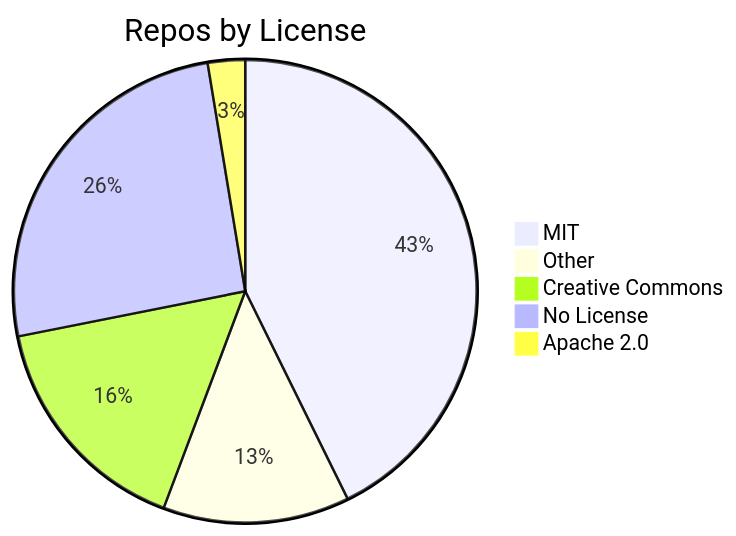
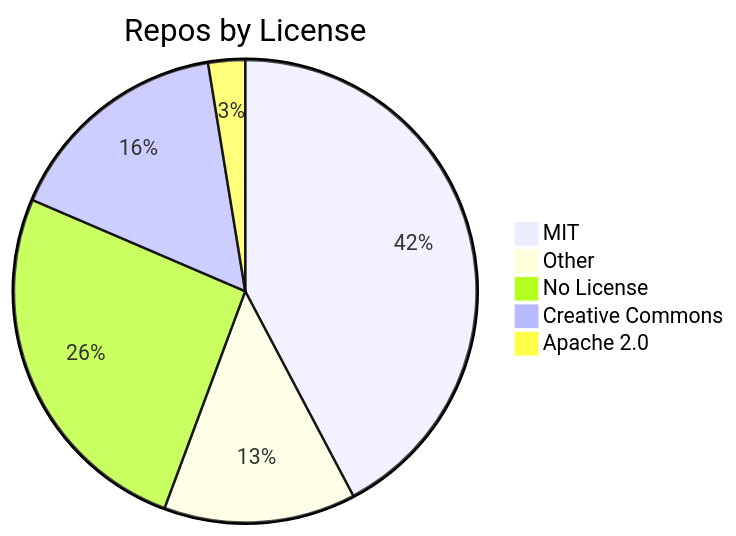
The diagram in README.md (jpatterson933/awesome-mcp-server-repo-index), drawn with Mermaid before and after one commit. The commit also changed other lines of this file and 7 other files, not shown here.

````diff
--- a/README.md
+++ b/README.md
@@ -31,8 +31,8 @@
 ```mermaid
 pie title Repos by License
     "MIT" : 82
-    "Other" : 25
+    "Other" : 26
+    "No License" : 50
     "Creative Commons" : 31
-    "No License" : 49
     "Apache 2.0" : 5
 ```
````
